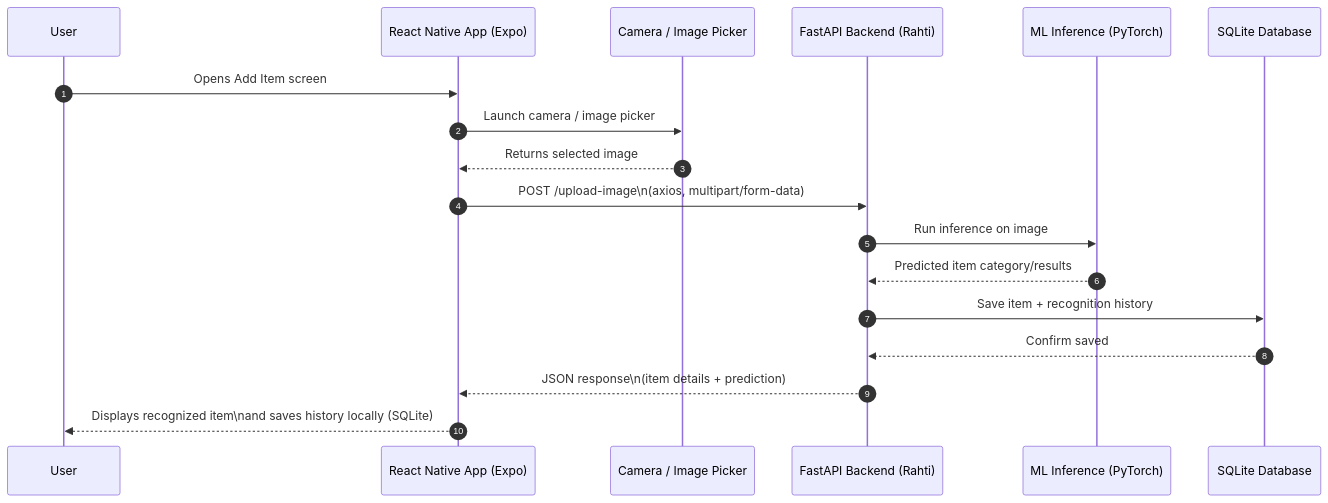
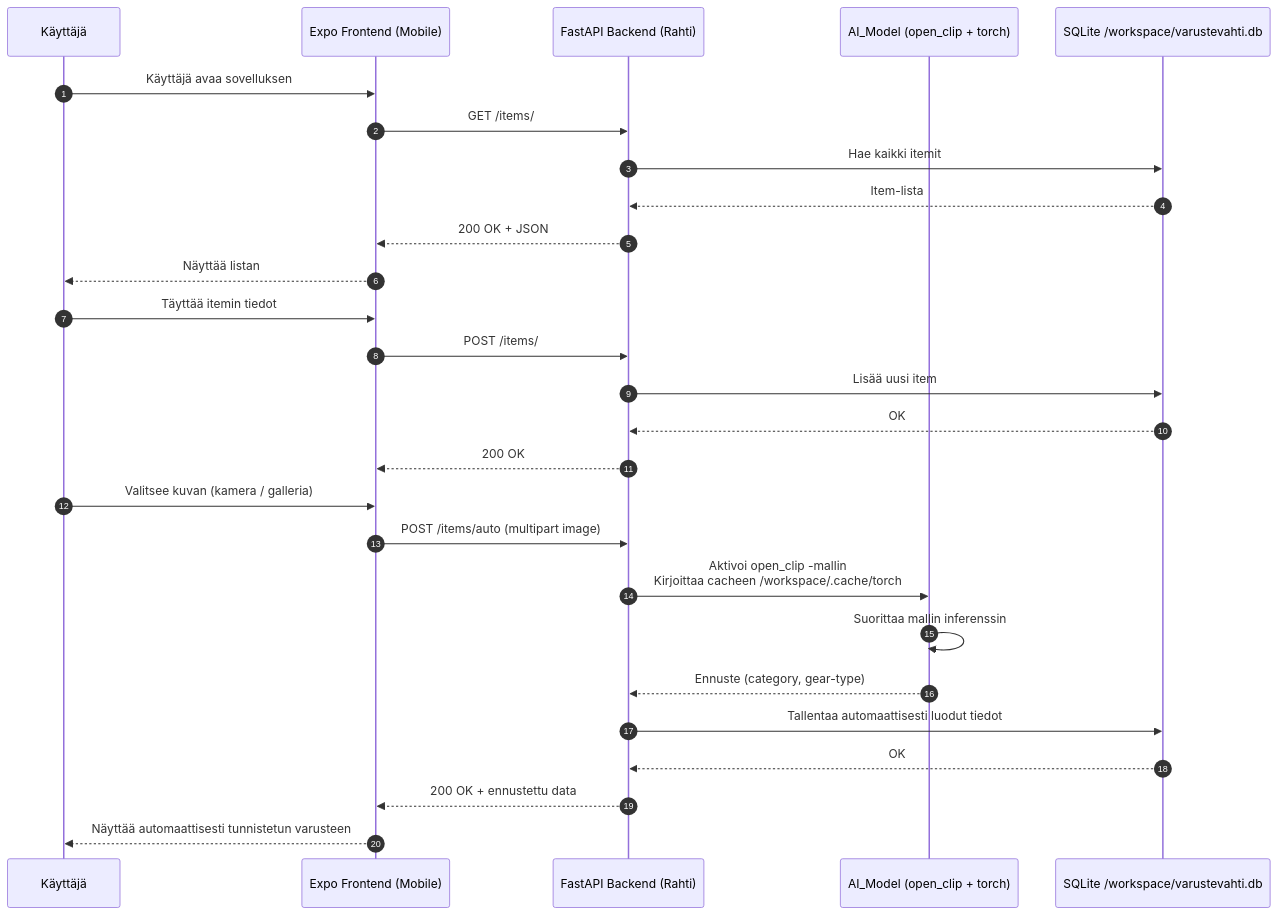
One commit to Pajarjeremias/alvoBeautyMobile changed the diagram in README.md. Above: the diagram before and after it, drawn with Mermaid.

````diff
--- a/README.md
+++ b/README.md
@@ -31,25 +31,40 @@
 ```mermaid
 sequenceDiagram
     autonumber
 
-    participant User as User
-    participant App as React Native App (Expo)
-    participant CAM as Camera / Image Picker
-    participant API as FastAPI Backend (Rahti)
-    participant ML as ML Inference (PyTorch)
-    participant DB as SQLite Database
+    participant U as Käyttäjä
+    participant FE as Expo Frontend (Mobile)
+    participant BE as FastAPI Backend (Rahti)
+    participant AI as AI_Model (open_clip + torch)
+    participant DB as SQLite /workspace/varustevahti.db
 
-    User->>App: Opens Add Item screen
-    App->>CAM: Launch camera / image picker
-    CAM-->>App: Returns selected image
+    %% --- Normaali CRUD ---
+    U ->> FE: Käyttäjä avaa sovelluksen
+    FE ->> BE: GET /items/
+    BE ->> DB: Hae kaikki itemit
+    DB -->> BE: Item-lista
+    BE -->> FE: 200 OK + JSON
+    FE -->> U: Näyttää listan
 
-    App->>API: POST /upload-image\n(axios, multipart/form-data)
-    API->>ML: Run inference on image
-    ML-->>API: Predicted item category/results
+    %% --- Uuden itemin lisäys ---
+    U ->> FE: Täyttää itemin tiedot
+    FE ->> BE: POST /items/
+    BE ->> DB: Lisää uusi item
+    DB -->> BE: OK
+    BE -->> FE: 200 OK
 
-    API->>DB: Save item + recognition history
-    DB-->>API: Confirm saved
+    %% --- Kuvantunnistus (items/auto) ---
+    U ->> FE: Valitsee kuvan (kamera / galleria)
+    FE ->> BE: POST /items/auto (multipart image)
 
-    API-->>App: JSON response\n(item details + prediction)
-    App-->>User: Displays recognized item\nand saves history locally (SQLite)
+    BE ->> AI: Aktivoi open_clip -mallin<br>Kirjoittaa cacheen /workspace/.cache/torch
+    AI ->> AI: Suorittaa mallin inferenssin
+    AI -->> BE: Ennuste (category, gear-type)
+
+    BE ->> DB: Tallentaa automaattisesti luodut tiedot
+    DB -->> BE: OK
+    BE -->> FE: 200 OK + ennustettu data
+
+    FE -->> U: Näyttää automaattisesti tunnistetun varusteen
+
 ```
````
